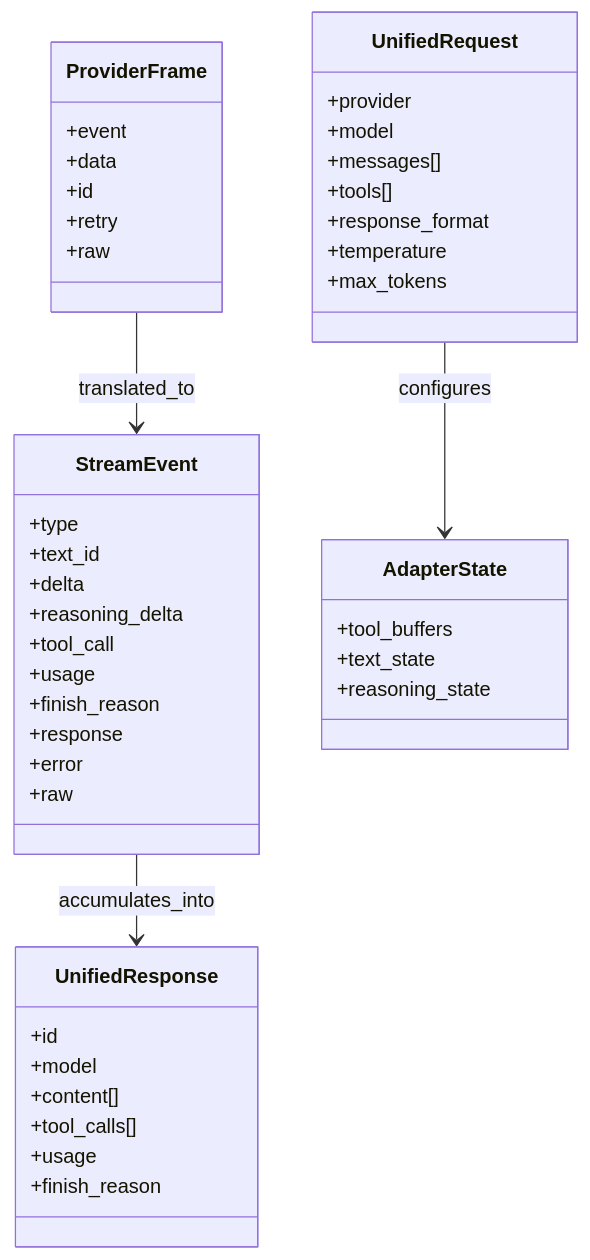
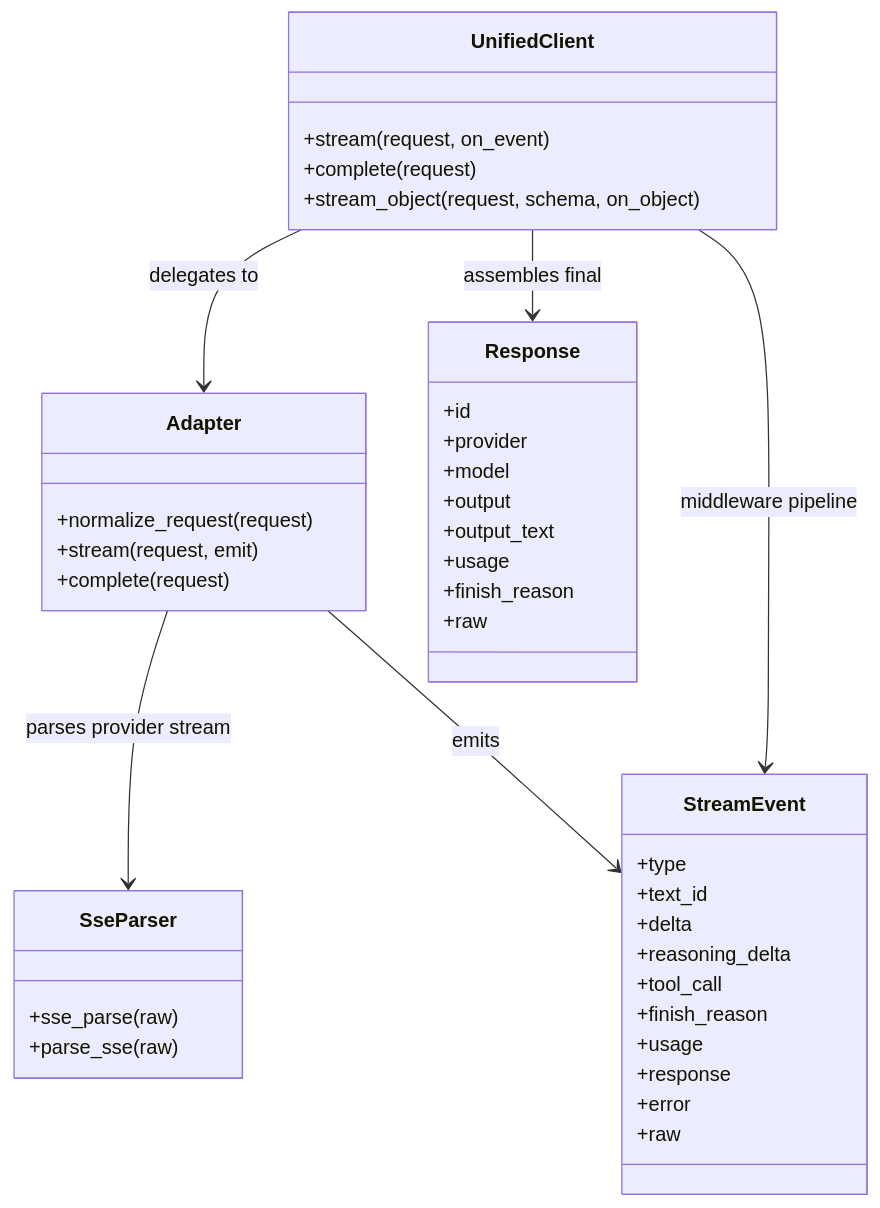
One commit to jaytaylor/attractor-tcl changed the first of 5 diagrams in docs/sprints/SPRINT-005-comprehensive-implementation-plan.md. Above: the diagram before and after it, drawn with Mermaid. The commit also changed other lines of this file, not shown here.

````diff
--- a/docs/sprints/SPRINT-005-comprehensive-implementation-plan.md
+++ b/docs/sprints/SPRINT-005-comprehensive-implementation-plan.md
@@ -945,52 +477,44 @@
 ```mermaid
 classDiagram
-  class UnifiedRequest {
-    +provider
-    +model
-    +messages[]
-    +tools[]
-    +response_format
-    +temperature
-    +max_tokens
+  class UnifiedClient {
+    +stream(request, on_event)
+    +complete(request)
+    +stream_object(request, schema, on_object)
   }
-
-  class ProviderFrame {
-    +event
-    +data
-    +id
-    +retry
-    +raw
+  class Adapter {
+    +normalize_request(request)
+    +stream(request, emit)
+    +complete(request)
   }
-
   class StreamEvent {
     +type
     +text_id
     +delta
     +reasoning_delta
     +tool_call
+    +finish_reason
     +usage
-    +finish_reason
     +response
     +error
     +raw
   }
-
-  class UnifiedResponse {
+  class Response {
     +id
+    +provider
     +model
-    +content[]
-    +tool_calls[]
+    +output
+    +output_text
     +usage
     +finish_reason
+    +raw
   }
-
-  class AdapterState {
-    +tool_buffers
-    +text_state
-    +reasoning_state
+  class SseParser {
+    +sse_parse(raw)
+    +parse_sse(raw)
   }
-
-  UnifiedRequest --> AdapterState : configures
-  ProviderFrame --> StreamEvent : translated_to
-  StreamEvent --> UnifiedResponse : accumulates_into
+  UnifiedClient --> Adapter : delegates to
+  Adapter --> SseParser : parses provider stream
+  Adapter --> StreamEvent : emits
+  UnifiedClient --> StreamEvent : middleware pipeline
+  UnifiedClient --> Response : assembles final
 ```
````
